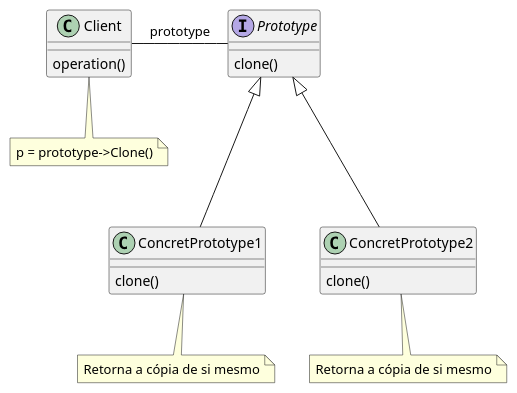
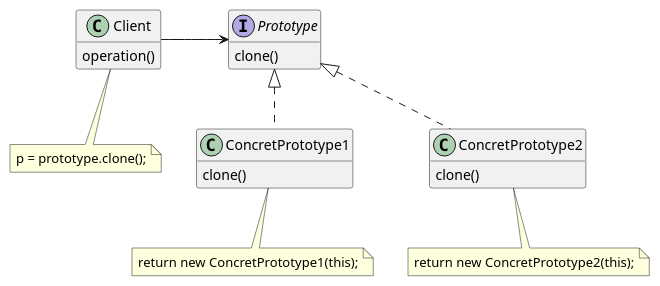
Before and after one commit to 20231-ifba-saj-ads-ppr/blog-material-aula: the third of 13 diagrams in posts/framework/GabrielCoffee9.md, drawn with PlantUML. The commit also changed other lines of this file, not shown here.

````diff
--- a/posts/framework/GabrielCoffee9.md
+++ b/posts/framework/GabrielCoffee9.md
@@ -157,31 +188,32 @@
 ```plantuml
 @startuml
 class Client {
   operation()
 }
 interface Prototype {
   clone()
 }
-class ConcretPrototype1 {
+class ConcretPrototype1 implements Prototype {
   clone()
 }
-class ConcretPrototype2 {
+class ConcretPrototype2 implements Prototype {
   clone()
 }      
 
 
-Client - Prototype : prototype
+Client -> Prototype 
+
 class Client
-note bottom: p = prototype->Clone()
+note bottom: p = prototype.clone();
 
-
-Prototype <|--- ConcretPrototype1
-Prototype <|--- ConcretPrototype2
 
 
 class ConcretPrototype1
-note bottom: Retorna a cópia de si mesmo
+note bottom: return new ConcretPrototype1(this);
 class ConcretPrototype2
-note bottom: Retorna a cópia de si mesmo
+note bottom: return new ConcretPrototype2(this);
+
+hide empty attributes
+hide empty methods
 @enduml
 ```
````
